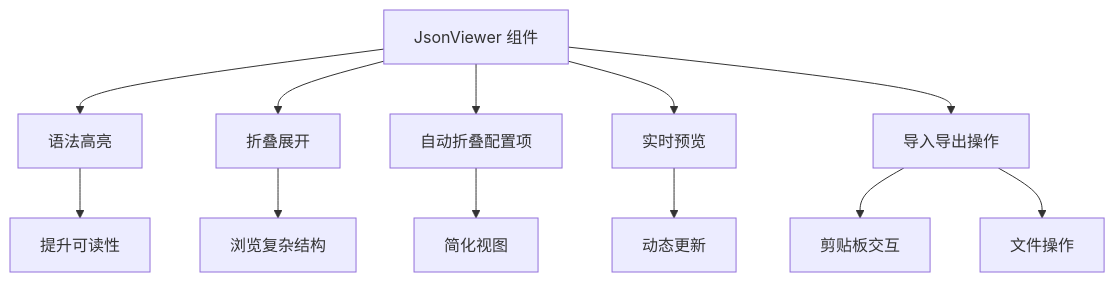
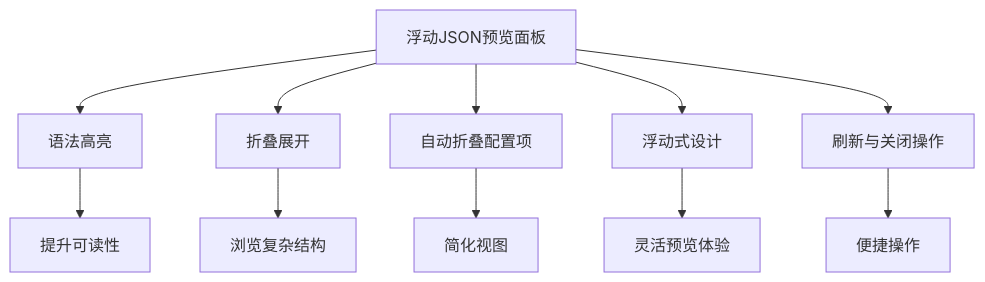
The first of 3 diagrams in .qoder/repowiki/zh/content/核心概念/Pipeline 面板.md (kqcoxn/MaaPipelineEditor), drawn with Mermaid before and after one commit. The commit also changed other lines of this file and 10 other files, not shown here.

````diff
--- a/.qoder/repowiki/zh/content/核心概念/Pipeline 面板.md
+++ b/.qoder/repowiki/zh/content/核心概念/Pipeline 面板.md
@@ -47,14 +48,13 @@
 ```mermaid
 flowchart TD
-A[JsonViewer 组件] --> B[语法高亮]
+A[浮动JSON预览面板] --> B[语法高亮]
 A --> C[折叠展开]
 A --> D[自动折叠配置项]
-A --> E[实时预览]
-A --> F[导入导出操作]
+A --> E[浮动式设计]
+A --> F[刷新与关闭操作]
 B --> G[提升可读性]
 C --> H[浏览复杂结构]
 D --> I[简化视图]
-E --> J[动态更新]
-F --> K[剪贴板交互]
-F --> L[文件操作]
+E --> J[灵活预览体验]
+F --> K[便捷操作]
 ```
````
